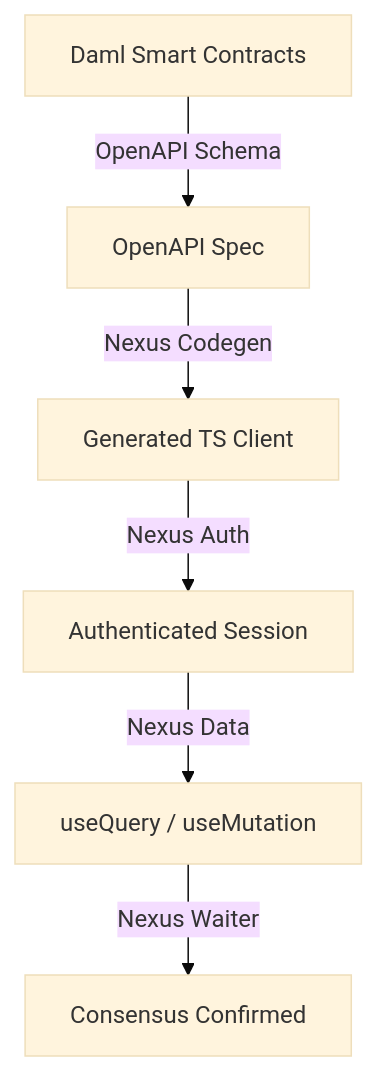
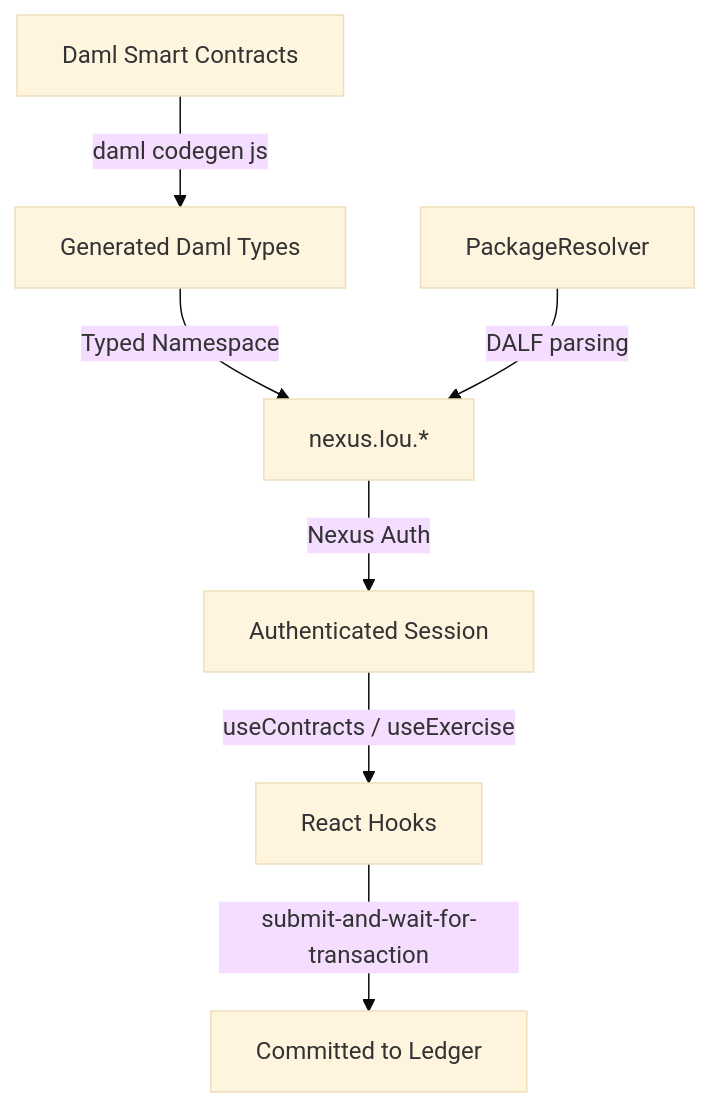
The diagram in proposals/nexus-framework.md (canton-foundation/canton-dev-fund), drawn with Mermaid (base theme) before and after one commit. The commit also changed other lines of this file, not shown here.

Commit message:
feat: overhaul proposal — typed Daml namespaces, PQS plugin, framework adapters, deduplication handling

````diff
--- a/proposals/nexus-framework.md
+++ b/proposals/nexus-framework.md
@@ -72,8 +121,9 @@
 ```mermaid
 graph TD
-    Daml[Daml Smart Contracts] -->|OpenAPI Schema| OA[OpenAPI Spec]
-    OA -->|Nexus Codegen| TS[Generated TS Client]
-    TS -->|Nexus Auth| Auth[Authenticated Session]
-    Auth -->|Nexus Data| UI[useQuery / useMutation]
-    UI -->|Nexus Waiter| CM[Consensus Confirmed]
+    Daml[Daml Smart Contracts] -->|daml codegen js| TS[Generated Daml Types]
+    TS -->|Typed Namespace| NX[nexus.Iou.*]
+    PR[PackageResolver] -->|DALF parsing| NX
+    NX -->|Nexus Auth| Auth[Authenticated Session]
+    Auth -->|useContracts / useExercise| UI[React Hooks]
+    UI -->|submit-and-wait-for-transaction| CM[Committed to Ledger]
 ```
````
